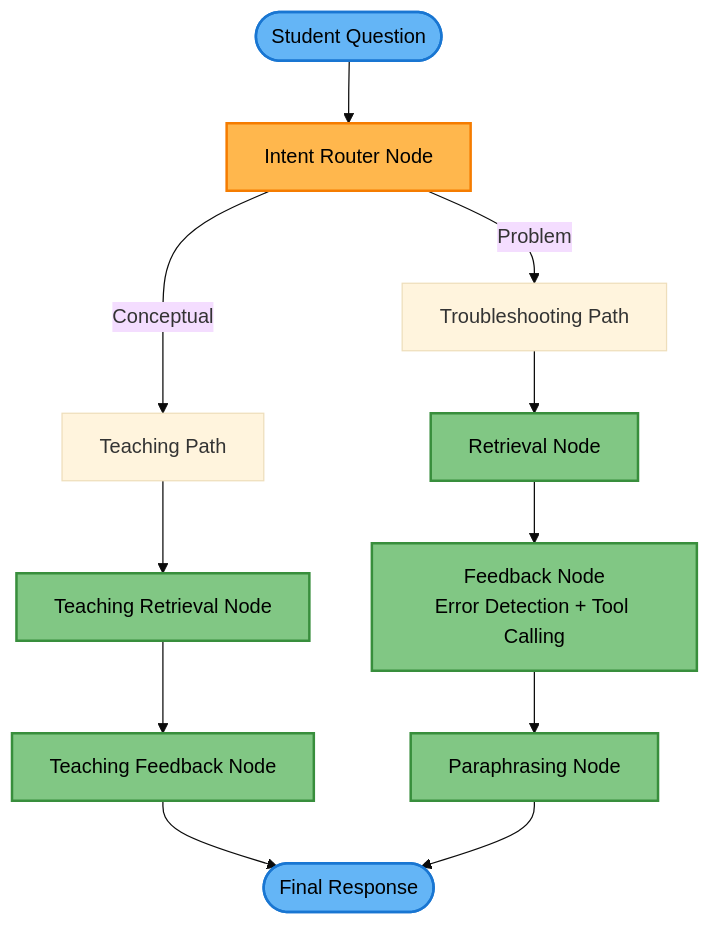
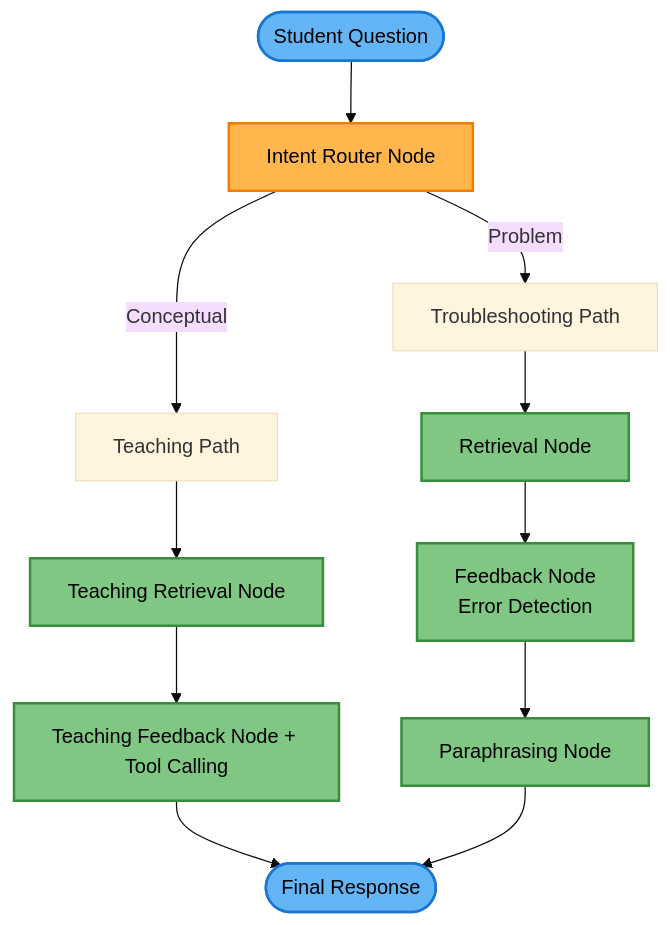
One commit to racampos/agentic-ai-unleashed changed the second of 2 diagrams in README.md. Above: the diagram before and after it, drawn with Mermaid (base theme). The commit also changed other lines of this file, not shown here.

Commit message:
Fixes details in the README

````diff
--- a/README.md
+++ b/README.md
@@ -76,25 +76,25 @@
 ```mermaid
 graph TD
     Start([Student Question]) --> Router[Intent Router Node]
 
     Router -->|Conceptual| TeachPath[Teaching Path]
     Router -->|Problem| TroubleG[Troubleshooting Path]
 
     TeachPath --> TR[Teaching Retrieval Node]
-    TR --> TF[Teaching Feedback Node]
+    TR --> TF[Teaching Feedback Node + Tool Calling]
     TF --> End([Final Response])
 
     TroubleG --> R[Retrieval Node]
-    R --> F[Feedback Node<br/>Error Detection + Tool Calling]
+    R --> F[Feedback Node<br/>Error Detection]
     F --> P[Paraphrasing Node]
     P --> End
 
     %% Styling
     classDef pathNode fill:#81C784,stroke:#388E3C,stroke-width:2px,color:#000
     classDef routerNode fill:#FFB74D,stroke:#F57C00,stroke-width:2px,color:#000
     classDef endNode fill:#64B5F6,stroke:#1976D2,stroke-width:2px,color:#000
 
     class Router routerNode
     class TR,TF,R,F,P pathNode
     class Start,End endNode
 ```
````
